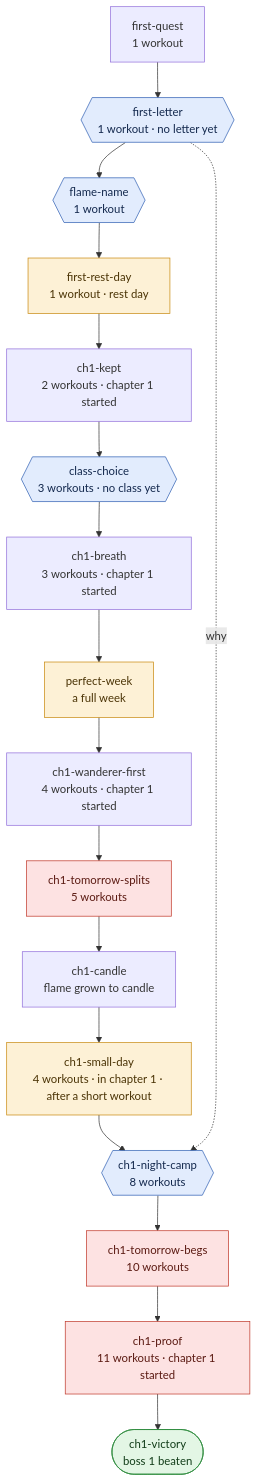
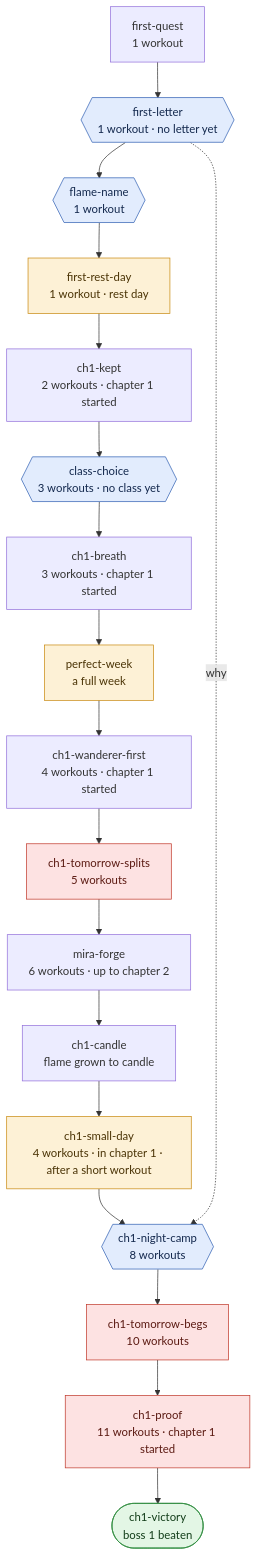
One commit to damicoedoardo/calisthenics-quest changed diagram 12 of 17 in src/story/graph.md. Above: the diagram before and after it, drawn with Mermaid. The commit also changed other lines of this file and 1 other file, not shown here.

First line of the commit message:
Story graph: Mira's scene from main, and upTo in the triggers

````diff
--- a/src/story/graph.md
+++ b/src/story/graph.md
@@ -296,50 +296,52 @@
 ```mermaid
 flowchart TD
   first_quest["first-quest<br/>1 workout"]
   first_letter{{"first-letter<br/>1 workout · no letter yet"}}
   flame_name{{"flame-name<br/>1 workout"}}
   first_rest_day["first-rest-day<br/>1 workout · rest day"]
   ch1_kept["ch1-kept<br/>2 workouts · chapter 1 started"]
   class_choice{{"class-choice<br/>3 workouts · no class yet"}}
   ch1_breath["ch1-breath<br/>3 workouts · chapter 1 started"]
   perfect_week["perfect-week<br/>a full week"]
   ch1_wanderer_first["ch1-wanderer-first<br/>4 workouts · chapter 1 started"]
   ch1_tomorrow_splits["ch1-tomorrow-splits<br/>5 workouts"]
+  mira_forge["mira-forge<br/>6 workouts · up to chapter 2"]
   ch1_candle["ch1-candle<br/>flame grown to candle"]
   ch1_small_day["ch1-small-day<br/>4 workouts · in chapter 1 · after a short workout"]
   ch1_night_camp{{"ch1-night-camp<br/>8 workouts"}}
   ch1_tomorrow_begs["ch1-tomorrow-begs<br/>10 workouts"]
   ch1_proof["ch1-proof<br/>11 workouts · chapter 1 started"]
   ch1_victory(["ch1-victory<br/>boss 1 beaten"])
   first_quest --> first_letter
   first_letter --> flame_name
   flame_name --> first_rest_day
   first_rest_day --> ch1_kept
   ch1_kept --> class_choice
   class_choice --> ch1_breath
   ch1_breath --> perfect_week
   perfect_week --> ch1_wanderer_first
   ch1_wanderer_first --> ch1_tomorrow_splits
-  ch1_tomorrow_splits --> ch1_candle
+  ch1_tomorrow_splits --> mira_forge
+  mira_forge --> ch1_candle
   ch1_candle --> ch1_small_day
   ch1_small_day --> ch1_night_camp
   ch1_night_camp --> ch1_tomorrow_begs
   ch1_tomorrow_begs --> ch1_proof
   ch1_proof --> ch1_victory
   first_letter -.->|"why"| ch1_night_camp
   classDef lost fill:#fde2e2,stroke:#c0392b,color:#5b1a12
   classDef only fill:#fdf1d6,stroke:#c98a10,color:#4a3305
   classDef ask fill:#e2ecfd,stroke:#2f5fb3,color:#13284d
   classDef done fill:#e3f6e5,stroke:#2e8b3e,color:#123d19
   class first_letter ask
   class flame_name ask
   class class_choice ask
   class first_rest_day only
   class ch1_tomorrow_splits lost
   class perfect_week only
   class ch1_small_day only
   class ch1_night_camp ask
   class ch1_tomorrow_begs lost
   class ch1_proof lost
   class ch1_victory done
 ```
````
